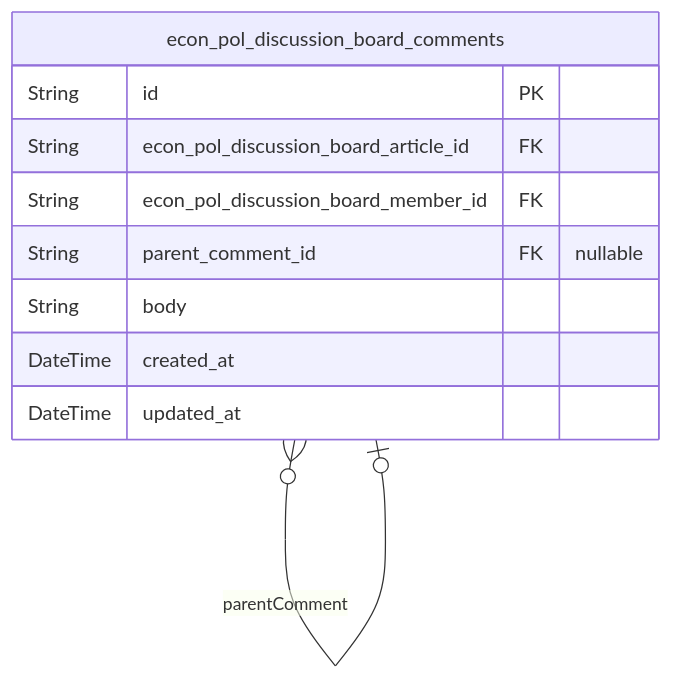
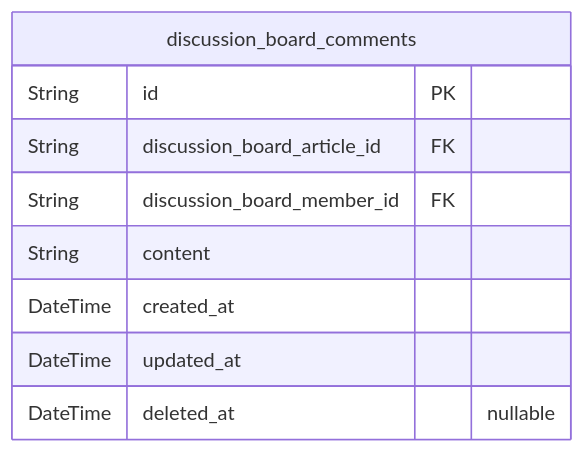
One commit to wrtnlabs/autobe-examples changed the fourth of 4 diagrams in openai/gpt-4.1-mini/bbs/docs/ERD.md. Above: the diagram before and after it, drawn with Mermaid. The commit also changed other lines of this file and 3569 other files, not shown here.

````diff
--- a/openai/gpt-4.1-mini/bbs/docs/ERD.md
+++ b/openai/gpt-4.1-mini/bbs/docs/ERD.md
@@ -254,13 +259,12 @@
 ```mermaid
 erDiagram
-"econ_pol_discussion_board_comments" {
+"discussion_board_comments" {
   String id PK
-  String econ_pol_discussion_board_article_id FK
-  String econ_pol_discussion_board_member_id FK
-  String parent_comment_id FK "nullable"
-  String body
+  String discussion_board_article_id FK
+  String discussion_board_member_id FK
+  String content
   DateTime created_at
   DateTime updated_at
+  DateTime deleted_at "nullable"
 }
-"econ_pol_discussion_board_comments" }o--o| "econ_pol_discussion_board_comments" : parentComment
 ```
````
